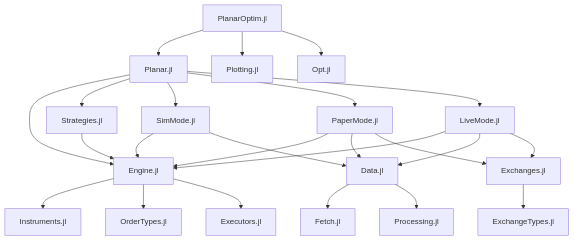
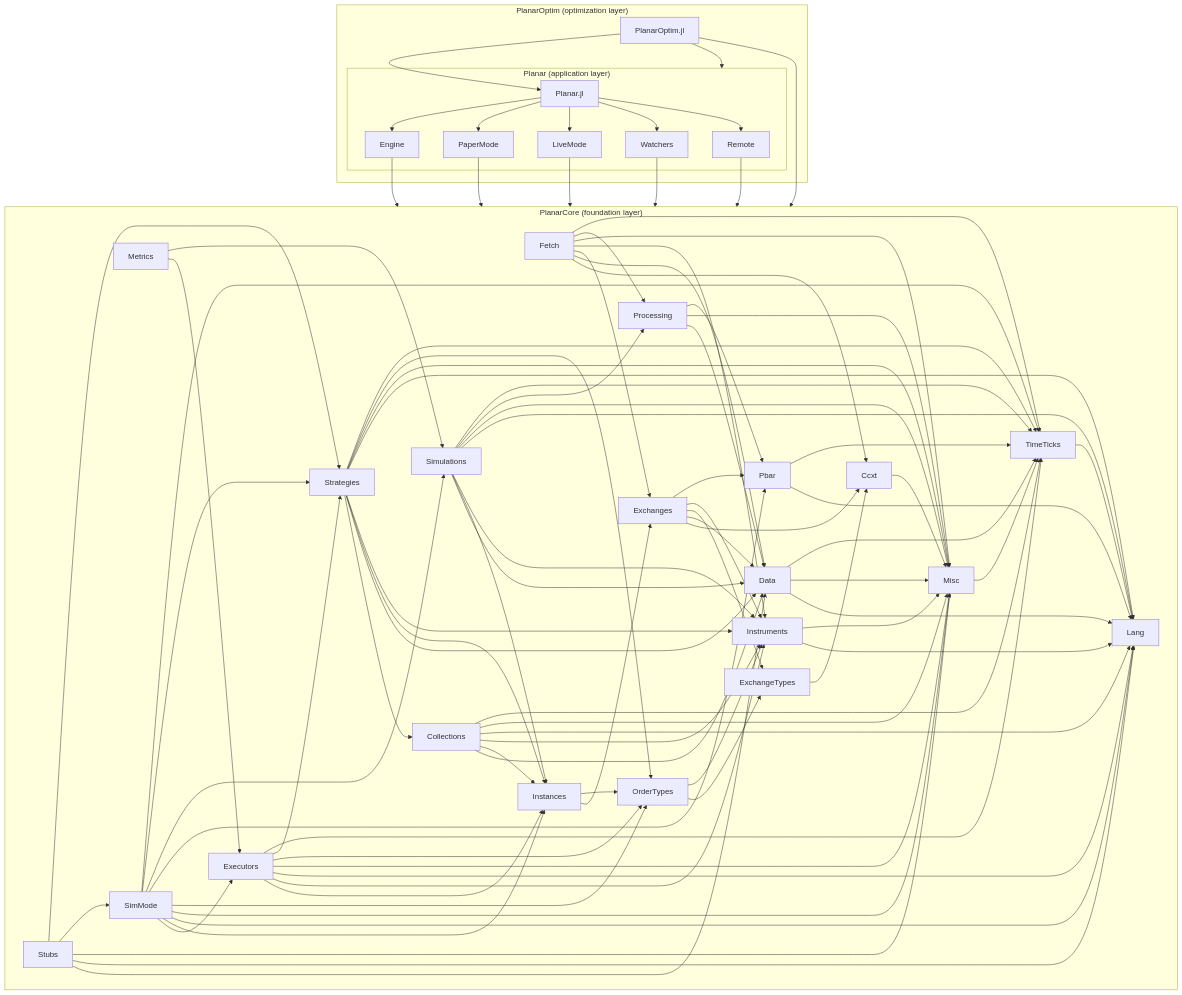
Before and after one commit to BubbleParticles/Planar.jl: the first of 2 diagrams in docs/src/devdocs.md, drawn with Mermaid. The commit also changed other lines of this file and 3 other files, not shown here.

First line of the commit message:
docs: regenerate dependency graph and audit stale references

````diff
--- a/docs/src/devdocs.md
+++ b/docs/src/devdocs.md
@@ -65,33 +66,128 @@
 ```mermaid
 graph TD
-    A[Planar.jl] --> B[Engine.jl]
-    A --> C[Strategies.jl]
-    A --> D[SimMode.jl]
-    A --> E[PaperMode.jl]
-    A --> F[LiveMode.jl]
-    
-    C --> B
-    D --> B
-    E --> B
-    F --> B
-    
-    B --> G[Instruments.jl]
-    B --> H[OrderTypes.jl]
-    B --> I[Executors.jl]
-    
-    D --> J[Data.jl]
-    E --> J
-    F --> J
-    
-    J --> K[Fetch.jl]
-    J --> L[Processing.jl]
-    
-    F --> M[Exchanges.jl]
-    E --> M
-    
-    M --> N[ExchangeTypes.jl]
-    
-    O[PlanarOptim.jl] --> A
-    O --> P[Plotting.jl]
-    O --> Q[Opt.jl]
+    subgraph PL["Planar (application layer)"]
+        O[Planar.jl]
+        E[Engine]
+        PM[PaperMode]
+        LM[LiveMode]
+        WA[Watchers]
+        RE[Remote]
+        O --> E
+        O --> PM
+        O --> LM
+        O --> WA
+        O --> RE
+    end
+
+    subgraph PC["PlanarCore (foundation layer)"]
+        L[Lang]
+        TT[TimeTicks]
+        PB[Pbar]
+        MI[Misc]
+        CX[Ccxt]
+        ET[ExchangeTypes]
+        DA[Data]
+        IN[Instruments]
+        PR[Processing]
+        EX[Exchanges]
+        FE[Fetch]
+        OT[OrderTypes]
+        IS[Instances]
+        CO[Collections]
+        ST[Strategies]
+        SI[Simulations]
+        EC[Executors]
+        SM[SimMode]
+        ME[Metrics]
+        SB[Stubs]
+
+        TT --> L
+        PB --> L
+        PB --> TT
+        MI --> TT
+        CX --> MI
+        ET --> CX
+        DA --> L
+        DA --> MI
+        DA --> TT
+        IN --> L
+        IN --> MI
+        PR --> DA
+        PR --> MI
+        PR --> PB
+        EX --> CX
+        EX --> DA
+        EX --> ET
+        EX --> IN
+        EX --> PB
+        FE --> CX
+        FE --> DA
+        FE --> EX
+        FE --> IN
+        FE --> MI
+        FE --> PR
+        FE --> TT
+        OT --> ET
+        OT --> IN
+        IS --> EX
+        IS --> OT
+        CO --> DA
+        CO --> IS
+        CO --> IN
+        CO --> L
+        CO --> MI
+        CO --> TT
+        ST --> CO
+        ST --> DA
+        ST --> IS
+        ST --> IN
+        ST --> L
+        ST --> MI
+        ST --> OT
+        ST --> TT
+        SI --> DA
+        SI --> IS
+        SI --> IN
+        SI --> L
+        SI --> MI
+        SI --> PR
+        SI --> TT
+        EC --> IS
+        EC --> IN
+        EC --> L
+        EC --> MI
+        EC --> OT
+        EC --> ST
+        EC --> TT
+        SM --> EC
+        SM --> IS
+        SM --> L
+        SM --> MI
+        SM --> OT
+        SM --> PB
+        SM --> SI
+        SM --> ST
+        SM --> TT
+        ME --> EC
+        ME --> SI
+        SB --> DA
+        SB --> L
+        SB --> MI
+        SB --> SM
+        SB --> ST
+    end
+
+    subgraph PO["PlanarOptim (optimization layer)"]
+        OP[PlanarOptim.jl]
+        PL[Plotting]
+        OP --> PL
+    end
+
+    E --> PC
+    PM --> PC
+    LM --> PC
+    WA --> PC
+    RE --> PC
+    OP --> O
+    OP --> PC
 ```
````
